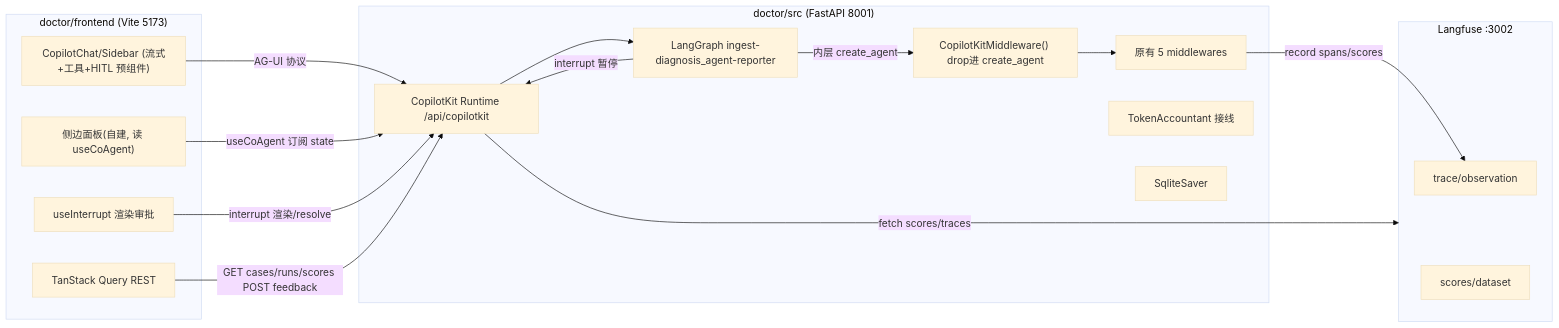
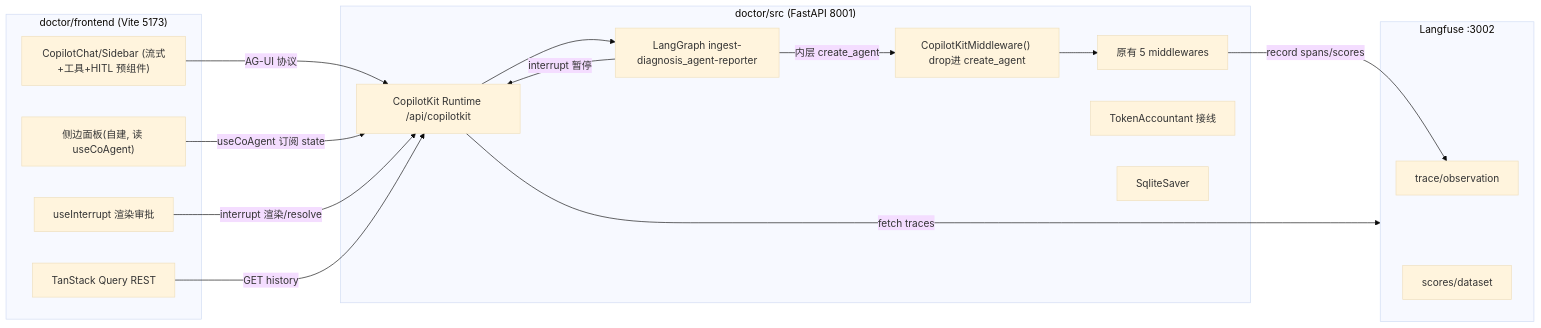
Before and after one commit to lmonster1997/DiagDoctor: the diagram in docs/frontend-implementation-plan.md, drawn with Mermaid (base theme). The commit also changed other lines of this file and 11 other files, not shown here.

````diff
--- a/docs/frontend-implementation-plan.md
+++ b/docs/frontend-implementation-plan.md
@@ -44,32 +43,32 @@
 ```mermaid
 flowchart LR
     subgraph FE["doctor/frontend (Vite 5173)"]
         Chat["CopilotChat/Sidebar (流式+工具+HITL 预组件)"]
         Side["侧边面板(自建, 读 useCoAgent)"]
         HITL["useInterrupt 渲染审批"]
         REST["TanStack Query REST"]
     end
     subgraph BE["doctor/src (FastAPI 8001)"]
         CKR["CopilotKit Runtime /api/copilotkit"]
         Graph["LangGraph ingest-diagnosis_agent-reporter"]
         CKMW["CopilotKitMiddleware() drop进 create_agent"]
         MW["原有 5 middlewares"]
         Cost["TokenAccountant 接线"]
         CKPT["SqliteSaver"]
     end
     subgraph LF["Langfuse :3002"]
         Trace["trace/observation"]
         Scores["scores/dataset"]
     end
 
     Chat -->|AG-UI 协议| CKR
     CKR --> Graph
     Graph -->|内层 create_agent| CKMW
     CKMW --> MW
     Side -->|useCoAgent 订阅 state| CKR
     HITL -->|interrupt 渲染/resolve| CKR
     Graph -->|interrupt 暂停| CKR
-    REST -->|GET cases/runs/scores POST feedback| CKR
-    CKR -->|fetch scores/traces| LF
+    REST -->|GET history| CKR
+    CKR -->|fetch traces| LF
     MW -->|record spans/scores| Trace
 ```
````
